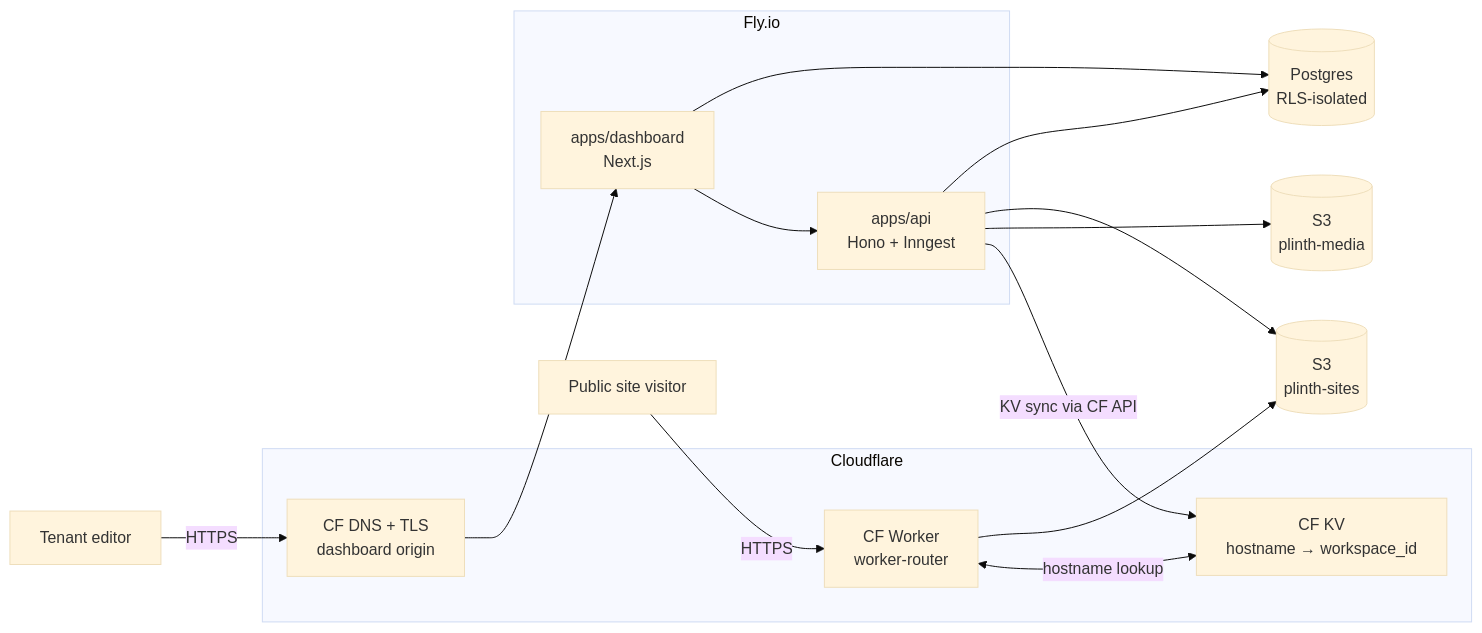
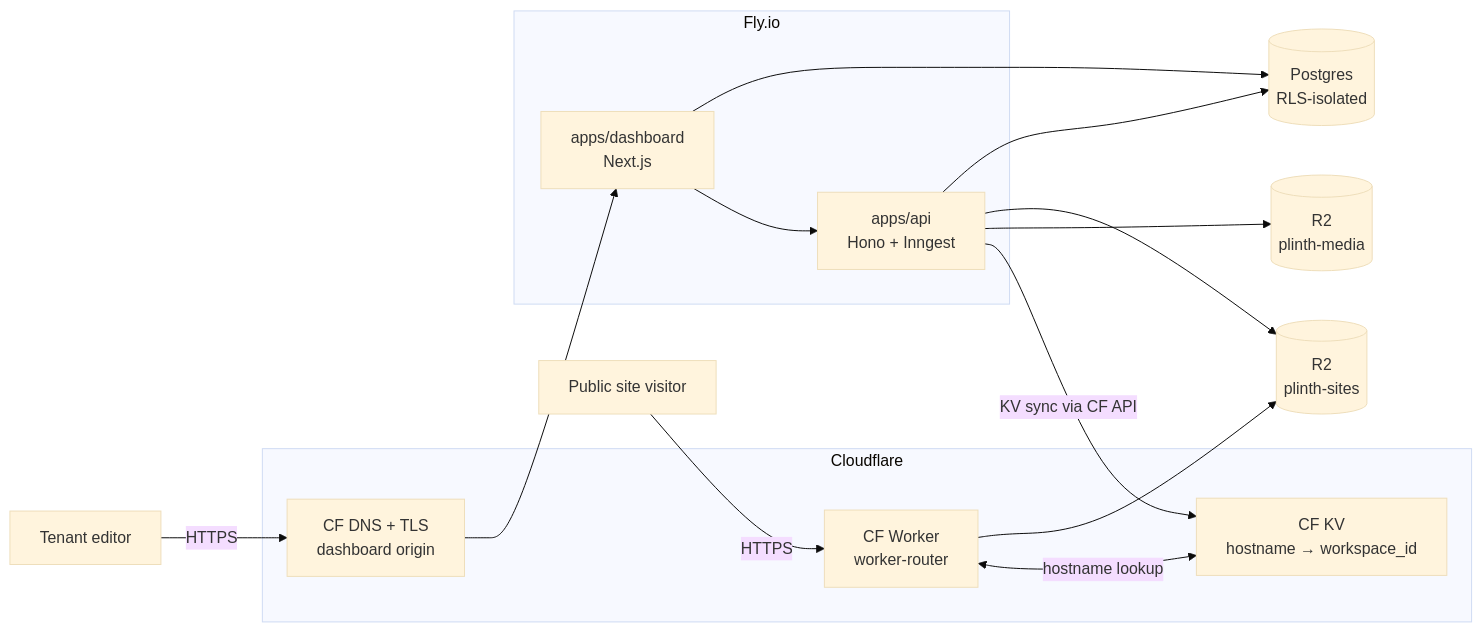
The first of 5 diagrams in ARCHITECTURE.md (farulivan/plinth), drawn with Mermaid (base theme) before and after one commit. The commit also changed other lines of this file, not shown here.

Commit message:
docs: refresh architecture.md for r2, sentry-only, fly auto-stop"

````diff
--- a/ARCHITECTURE.md
+++ b/ARCHITECTURE.md
@@ -9,31 +9,31 @@
 ```mermaid
 graph LR
     user[Tenant editor]
     public[Public site visitor]
 
     subgraph Cloudflare
       cf_dash[CF DNS + TLS<br/>dashboard origin]
       cf_sites[CF Worker<br/>worker-router]
       cf_kv[CF KV<br/>hostname → workspace_id]
     end
 
     subgraph Fly.io
       dash[apps/dashboard<br/>Next.js]
       api[apps/api<br/>Hono + Inngest]
     end
 
     pg[(Postgres<br/>RLS-isolated)]
-    s3_sites[(S3<br/>plinth-sites)]
-    s3_media[(S3<br/>plinth-media)]
+    r2_sites[(R2<br/>plinth-sites)]
+    r2_media[(R2<br/>plinth-media)]
 
     user -->|HTTPS| cf_dash --> dash
-    public -->|HTTPS| cf_sites --> s3_sites
+    public -->|HTTPS| cf_sites --> r2_sites
     cf_sites <-->|hostname lookup| cf_kv
 
     dash --> pg
     dash --> api
     api --> pg
-    api --> s3_sites
-    api --> s3_media
+    api --> r2_sites
+    api --> r2_media
     api -->|KV sync via CF API| cf_kv
 ```
````
